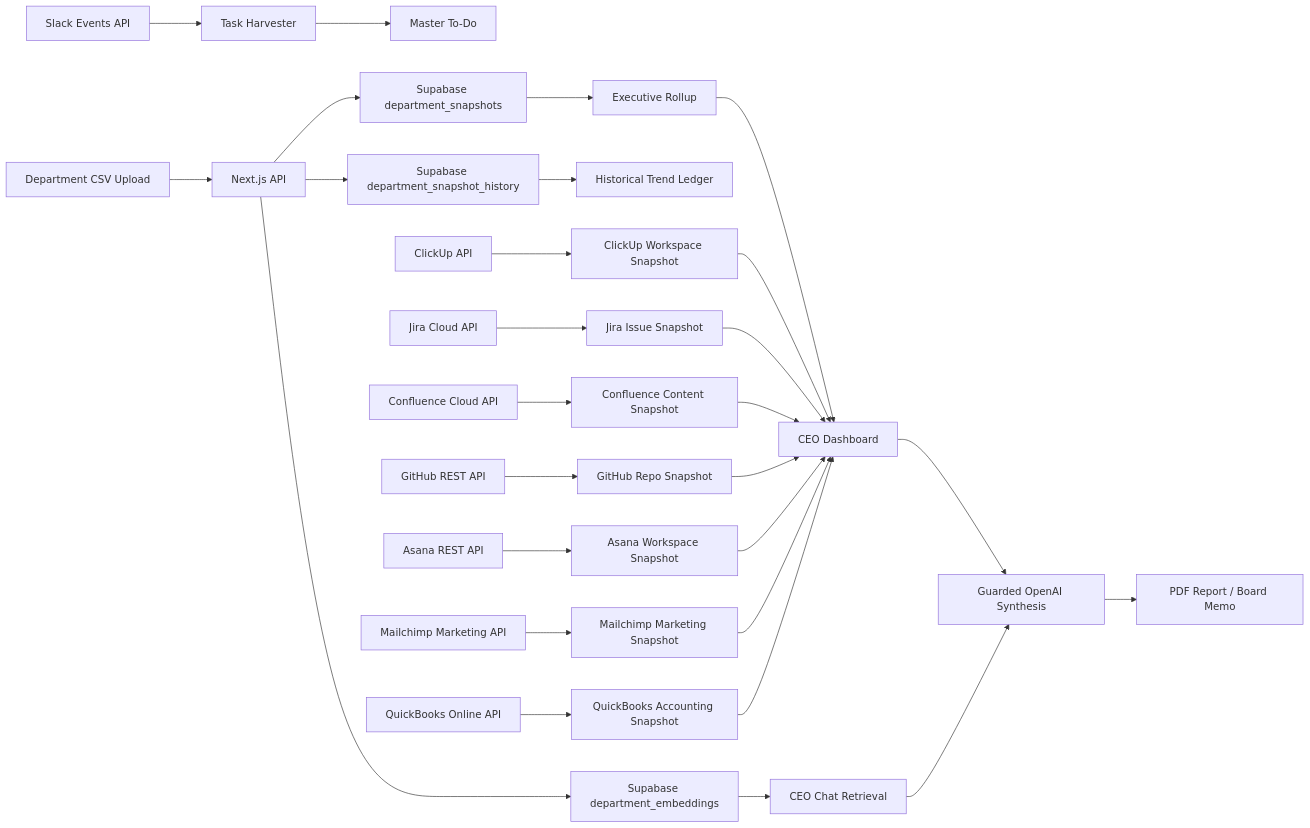
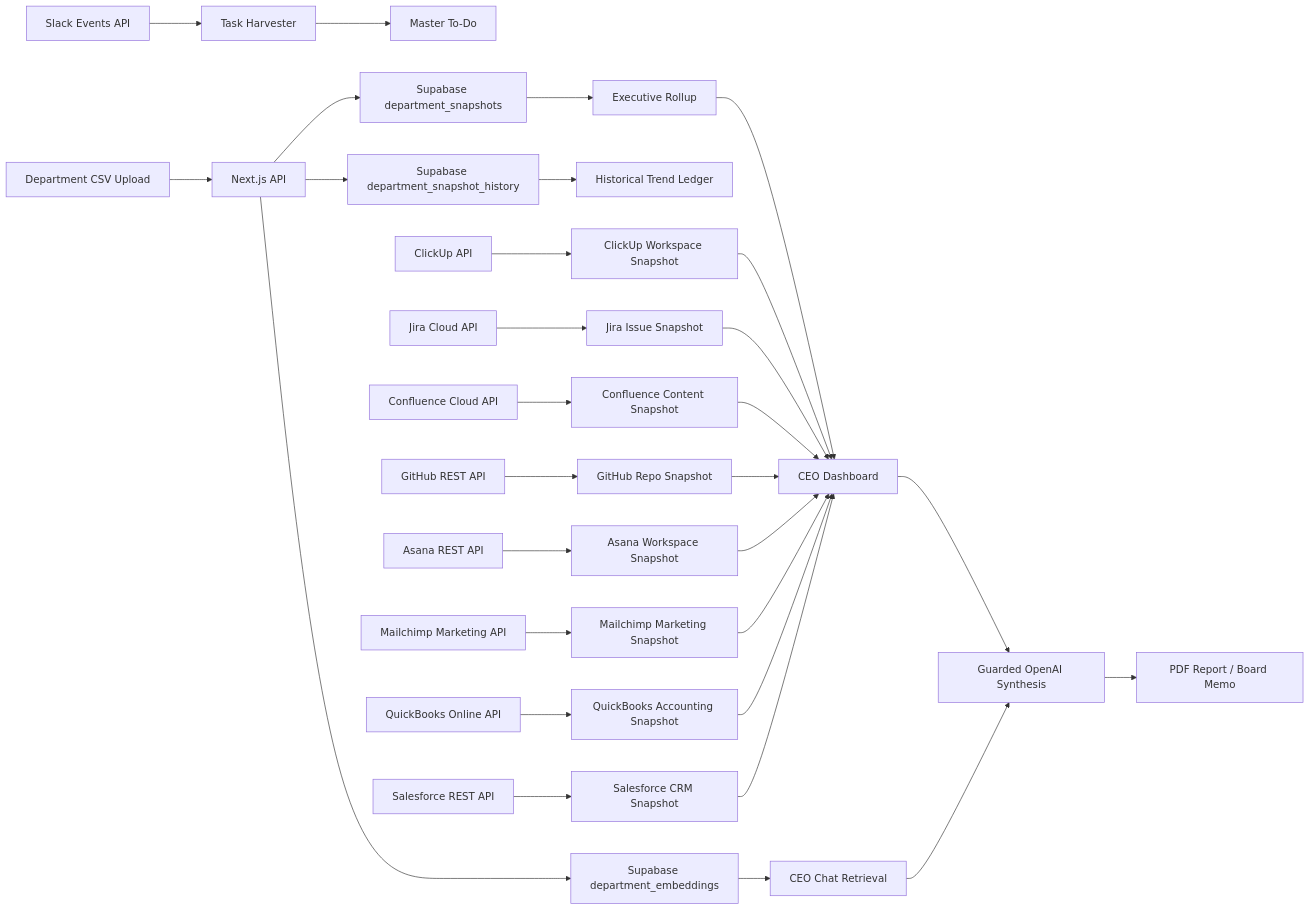
Before and after one commit to suhasbhairav/ai-chief-of-staff: the diagram in README.md, drawn with Mermaid. The commit also changed other lines of this file and 11 other files, not shown here.

````diff
--- a/README.md
+++ b/README.md
@@ -351,30 +355,32 @@
 ```mermaid
 flowchart LR
   A[Department CSV Upload] --> B[Next.js API]
   B --> C[Supabase department_snapshots]
   B --> D[Supabase department_snapshot_history]
   B --> M[Supabase department_embeddings]
   C --> E[Executive Rollup]
   D --> F[Historical Trend Ledger]
   M --> N[CEO Chat Retrieval]
   E --> G[CEO Dashboard]
   G --> H[Guarded OpenAI Synthesis]
   N --> H
   H --> I[PDF Report / Board Memo]
   J[Slack Events API] --> K[Task Harvester]
   K --> L[Master To-Do]
   O[ClickUp API] --> P[ClickUp Workspace Snapshot]
   P --> G
   Q[Jira Cloud API] --> R[Jira Issue Snapshot]
   S[Confluence Cloud API] --> T[Confluence Content Snapshot]
   U[GitHub REST API] --> V[GitHub Repo Snapshot]
   W[Asana REST API] --> X[Asana Workspace Snapshot]
   Y[Mailchimp Marketing API] --> Z[Mailchimp Marketing Snapshot]
   AA[QuickBooks Online API] --> AB[QuickBooks Accounting Snapshot]
+  AC[Salesforce REST API] --> AD[Salesforce CRM Snapshot]
   R --> G
   T --> G
   V --> G
   X --> G
   Z --> G
   AB --> G
+  AD --> G
 ```
````
